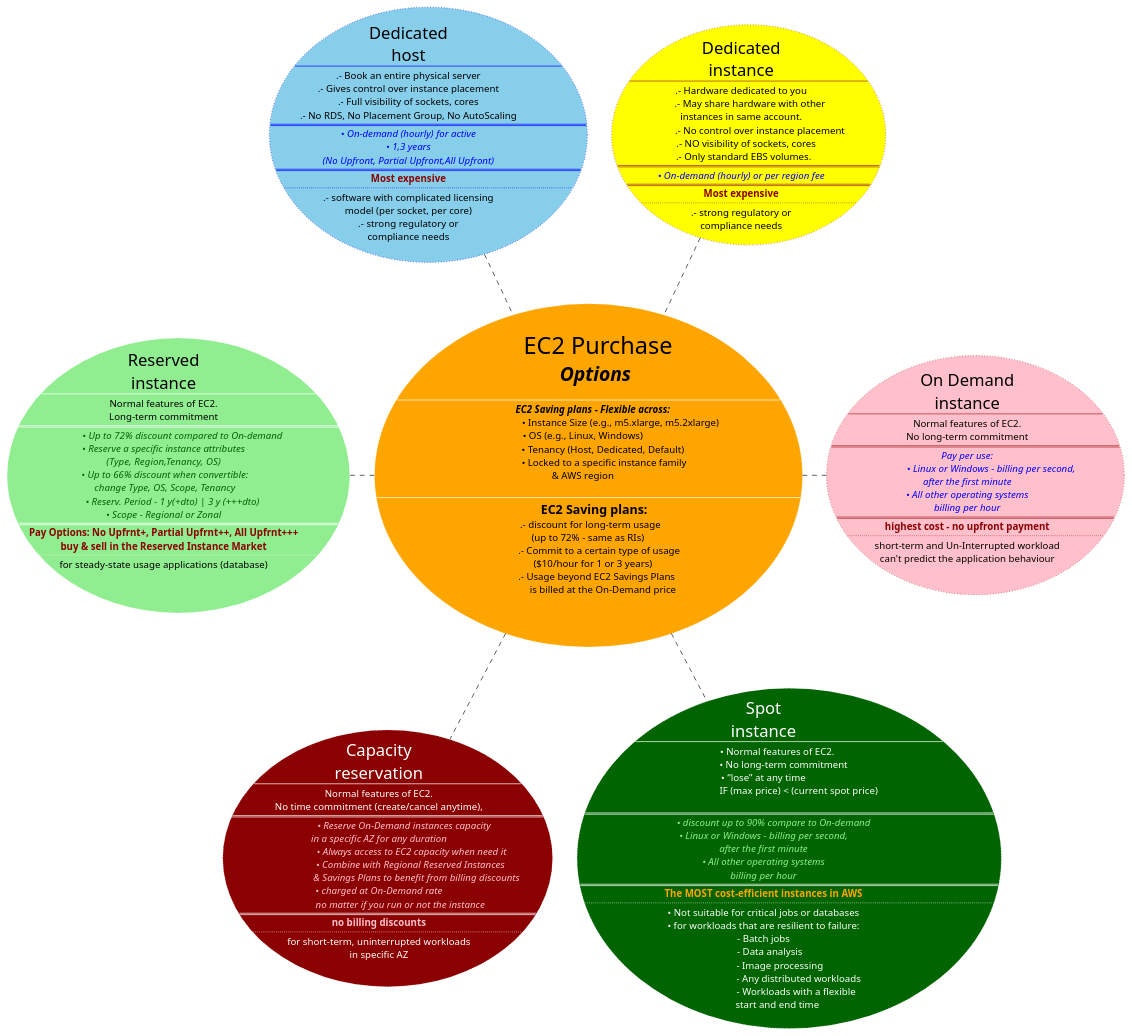
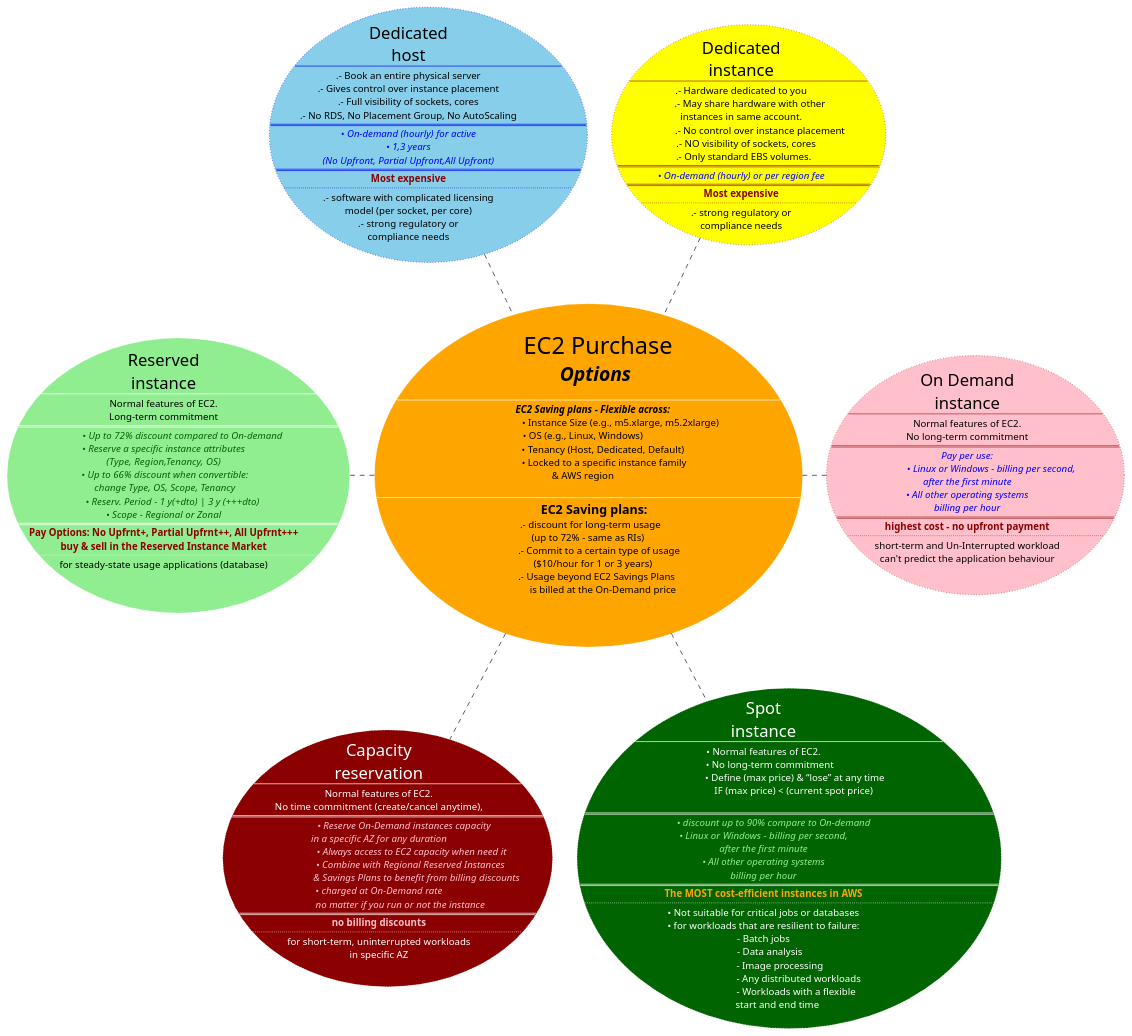
The diagram in assets/uml/003-ec2/ec2-purchase-options.puml (avall/AWS-SAA-C03), drawn with PlantUML before and after one commit. The commit also changed 1 other file, not shown here.

```diff
--- a/assets/uml/003-ec2/ec2-purchase-options.puml
+++ b/assets/uml/003-ec2/ec2-purchase-options.puml
@@ -1,171 +1,171 @@
 @startuml
 
 usecase purchase_options #orange;line:white;line.dotted;text:black [
   <font:impact><size:34>     EC2 Purchase</size></font>
   <i><size:28><b>     Options</b></size></i>
 
   ----
   <b><i><size:14>        EC2 Saving plans - Flexible across:
                                 • Instance Size (e.g., m5.xlarge, m5.2xlarge)
   • OS (e.g., Linux, Windows)
                   • Tenancy (Host, Dedicated, Default)
                    • Locked to a specific instance family
 & AWS region
 
   ----
   <b><size:18>       EC2 Saving plans:
         .- discount for long-term usage
       (up to 72% - same as RIs)
                .- Commit to a certain type of usage
           ($10/hour for 1 or 3 years)
              .- Usage beyond EC2 Savings Plans
                   is billed at the On-Demand price
 \n
 ]
 
 usecase dedicated_host #skyblue;line:blue;line.dotted;text:black [
  <font:impact><size:24>Dedicated</size></font>
  <font:impact><size:24>host</size></font>
 ----
 .- Book an entire physical server
 .- Gives control over instance placement
 .- Full visibility of sockets, cores
 .- No RDS, No Placement Group, No AutoScaling
 ====
 <i><color:blue>• On-demand (hourly) for active</color></i>
 <i><color:blue>• 1,3 years</color></i>
 <i><color:blue>(No Upfront, Partial Upfront,All Upfront)</color></i>
 ====
 <b><color:darkred>Most expensive</color></b>
 ....
 .- software with complicated licensing
 model (per socket, per core)
 .- strong regulatory or
 compliance needs
 ]
 
 usecase dedicated_instance #yellow;line:brown;line.dotted;text:black [
  <font:impact><size:24>Dedicated</size></font>
  <font:impact><size:24>instance</size></font>
 ----
 .- Hardware dedicated to you
         .- May share hardware with other
 instances in same account.
                 .- No control over instance placement
      .- NO visibility of sockets, cores
    .- Only standard EBS volumes.
 ====
 <i><color:blue>• On-demand (hourly) or per region fee</color></i>
 ====
 <b><color:darkred>Most expensive</color></b>
 ....
 .- strong regulatory or
 compliance needs
 ]
 
 usecase ec2_ondemand #pink;line:brown;line.dotted;text:black [
  <font:impact><size:24>On Demand</size></font>
  <font:impact><size:24>instance</size></font>
 ----
 Normal features of EC2.
 No long-term commitment
 ====
 <i><color:blue>Pay per use:
 <i><color:blue>                   • Linux or Windows - billing per second,
 <i><color:blue>after the first minute
 <i><color:blue>• All other operating systems
 <i><color:blue>billing per hour
 ====
 <b><color:darkred>highest cost - no upfront payment
 ....
 short-term and Un-Interrupted workload
 can't predict the application behaviour
 ]
 
 
 usecase ec2_capacity_reservation #darkred;line:white;line.dotted;text:white [
  <font:impact><size:24>Capacity</size></font>
  <font:impact><size:24>reservation</size></font>
 ----
 Normal features of EC2.
 No time commitment (create/cancel anytime),
 ====
 <i><color:pink>                    • Reserve On-Demand instances capacity
  <i><color:pink>in a specific AZ for any duration
 <i><color:pink>                          • Always access to EC2 capacity when need it
 <i><color:pink>                         • Combine with Regional Reserved Instances
 <i><color:pink>                              & Savings Plans to benefit from billing discounts
 <i><color:pink>• charged at On-Demand rate
  <i><color:pink>                 no matter if you run or not the instance
 ====
 <b><color:pink>no billing discounts
 ....
 for short-term, uninterrupted workloads
 in specific AZ
 ]
 
 
 
 usecase ec2_spot_instance #darkgreen;line:white;line.dotted;text:white [
  <font:impact><size:24>Spot</size></font>
  <font:impact><size:24>instance</size></font>
 ----
-            • Normal features of EC2.
-                 • No long-term commitment
-• “lose” at any time
-                             IF (max price) < (current spot price)
+• Normal features of EC2.
+      • No long-term commitment
+                          • Define (max price) & “lose” at any time
+                         IF (max price) < (current spot price)
 
 ====
 <i><color:lightgreen>        • discount up to 90% compare to On-demand
 <i><color:lightgreen>• Linux or Windows - billing per second,
 <i><color:lightgreen>after the first minute
 <i><color:lightgreen>• All other operating systems
 <i><color:lightgreen>billing per hour
 ====
 <b><color:orange>The MOST cost-efficient instances in AWS
 ....
 • Not suitable for critical jobs or databases
 • for workloads that are resilient to failure:
 - Batch jobs
       - Data analysis
               - Image processing
                              - Any distributed workloads
                            - Workloads with a flexible
             start and end time
 ]
 
 
 
 
 usecase ec2_reserved_instance #lightgreen;line:white;line.dotted;text:black [
  <font:impact><size:24>Reserved</size></font>
  <font:impact><size:24>instance</size></font>
 ----
 Normal features of EC2.
 Long-term commitment
 ====
 <i><color:darkgreen>               • Up to 72% discount compared to On-demand
 <i><color:darkgreen>• Reserve a specific instance attributes
 <i><color:darkgreen>(Type, Region,Tenancy, OS)
 <i><color:darkgreen> • Up to 66% discount when convertible:
 <i><color:darkgreen> change Type, OS, Scope, Tenancy
 <i><color:darkgreen>       • Reserv. Period – 1 y(+dto) | 3 y (+++dto)
 <i><color:darkgreen>• Scope – Regional or Zonal
 ====
 <b><color:darkred>Pay Options: No Upfrnt+, Partial Upfrnt++, All Upfrnt+++
 <b><color:darkred>buy & sell in the Reserved Instance Market
 ....
 for steady-state usage applications (database)
 
 ]
 
 
 
 
 purchase_options ..r.. ec2_ondemand
 purchase_options .u. dedicated_instance
 purchase_options .u. dedicated_host
 purchase_options .d. ec2_capacity_reservation
 purchase_options .d. ec2_spot_instance
 purchase_options .l. ec2_reserved_instance
 @enduml
```
